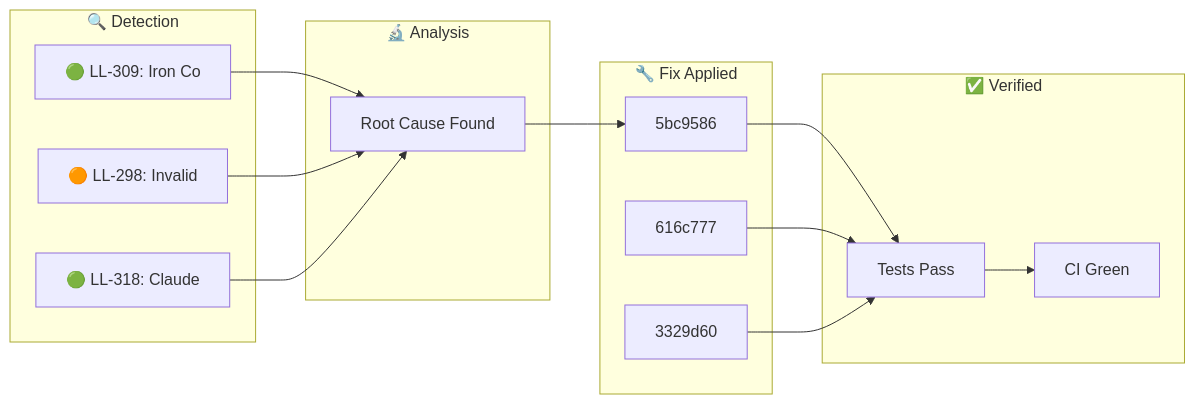
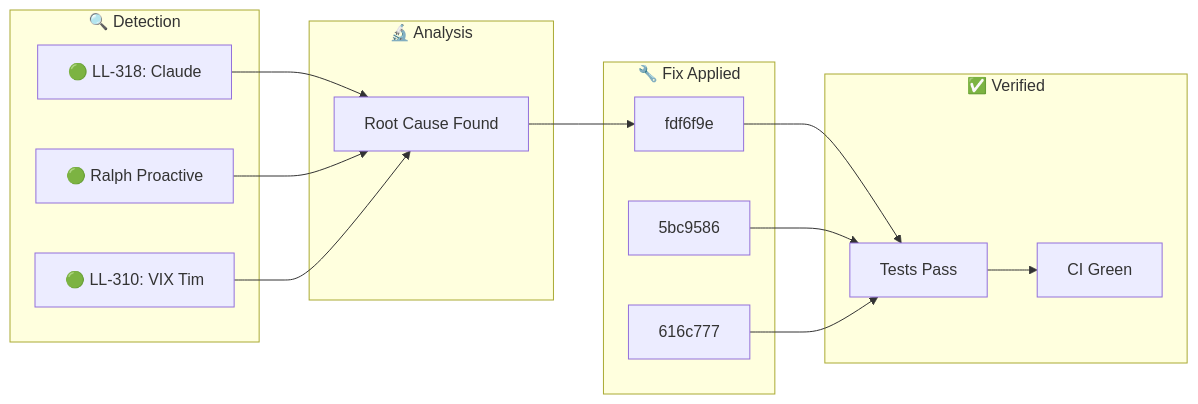
The diagram in docs/_posts/2026-01-28-ralph-discovery.md (YoByron/trading), drawn with Mermaid before and after one commit. The commit also changed other lines of this file, not shown here.

Commit message:
docs(ralph): Auto-publish discovery blog post

````diff
--- a/docs/_posts/2026-01-28-ralph-discovery.md
+++ b/docs/_posts/2026-01-28-ralph-discovery.md
@@ -17,28 +17,28 @@
 ```mermaid
 flowchart LR
     subgraph Detection["🔍 Detection"]
-        D1["🟢 LL-309: Iron Co"]
-        D2["🟠 LL-298: Invalid"]
-        D3["🟢 LL-318: Claude "]
+        D1["🟢 LL-318: Claude "]
+        D2["🟢 Ralph Proactive"]
+        D3["🟢 LL-310: VIX Tim"]
     end
     subgraph Analysis["🔬 Analysis"]
         A1["Root Cause Found"]
     end
     subgraph Fix["🔧 Fix Applied"]
-        F1["5bc9586"]
-        F2["616c777"]
-        F3["3329d60"]
+        F1["fdf6f9e"]
+        F2["5bc9586"]
+        F3["616c777"]
     end
     subgraph Verify["✅ Verified"]
         V1["Tests Pass"]
         V2["CI Green"]
     end
     D1 --> A1
     D2 --> A1
     D3 --> A1
     A1 --> F1
     F1 --> V1
     F2 --> V1
     F3 --> V1
     V1 --> V2
 ```
````
